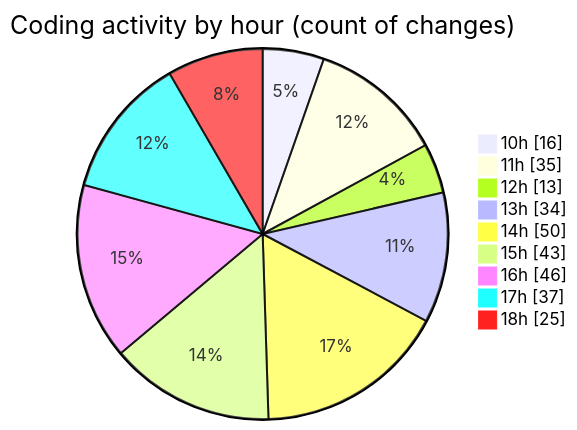
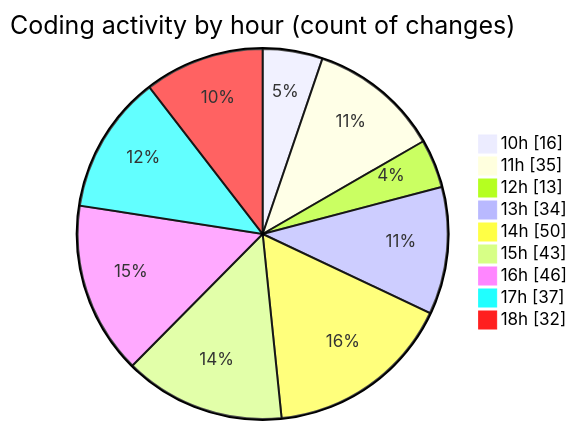
One commit to charlie-sans/code-tracking changed the second of 2 diagrams in 2025-02-20/micros/README.md. Above: the diagram before and after it, drawn with Mermaid. The commit also changed other lines of this file and 1 other file, not shown here.

````diff
--- a/2025-02-20/micros/README.md
+++ b/2025-02-20/micros/README.md
@@ -80,13 +81,13 @@
 ```mermaid
 pie showData
 title Coding activity by hour (count of changes)
 "10h" : 16
 "11h" : 35
 "12h" : 13
 "13h" : 34
 "14h" : 50
 "15h" : 43
 "16h" : 46
 "17h" : 37
-"18h" : 25
+"18h" : 32
 ```
````
